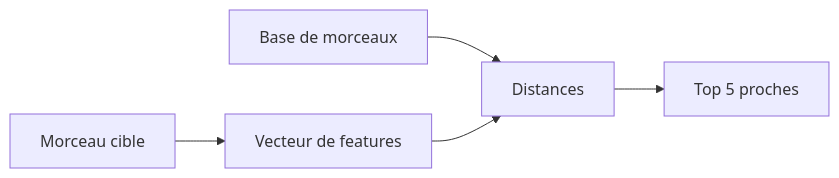
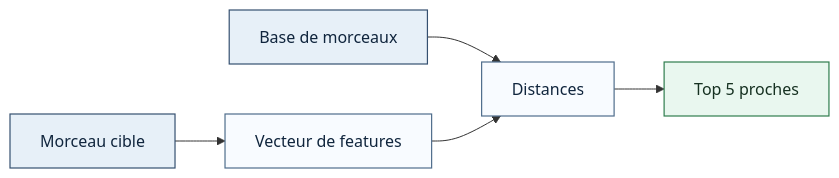
One commit to yugmerabtene/MAST_DIA_A2_AUDIO_MUSIC_PROCESSING changed the third of 3 diagrams in jour-2.md. Above: the diagram before and after it, drawn with Mermaid. The commit also changed other lines of this file and 5 other files, not shown here.

````diff
--- a/jour-2.md
+++ b/jour-2.md
@@ -153,7 +170,14 @@
 ```mermaid
 flowchart LR
     A[Morceau cible] --> B[Vecteur de features]
     C[Base de morceaux] --> D[Distances]
     B --> D
     D --> E[Top 5 proches]
+
+    classDef source fill:#e7f0f8,stroke:#355070,color:#10253d,stroke-width:1.2px;
+    classDef process fill:#f8fbff,stroke:#4f6d8c,color:#10253d,stroke-width:1.2px;
+    classDef output fill:#e9f7ef,stroke:#2f7d4e,color:#163121,stroke-width:1.2px;
+    class A,C source;
+    class B,D process;
+    class E output;
 ```
````
